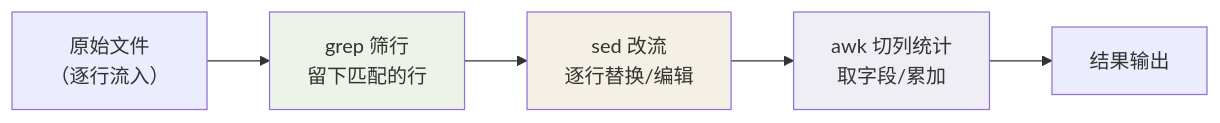
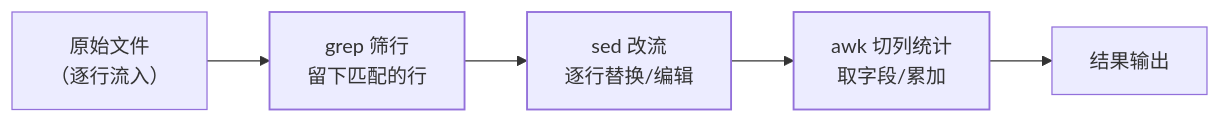
The diagram in src/content/docs/tools/basic/cli/01-grep-sed-awk.md (Loadhao/ascension), drawn with Mermaid before and after one commit. The commit also changed 87 other files, not shown here.

First line of the commit message:
fix: 全站图表配色改由主题接管，修复暗色主题下浅底浅字看不清

````diff
--- a/src/content/docs/tools/basic/cli/01-grep-sed-awk.md
+++ b/src/content/docs/tools/basic/cli/01-grep-sed-awk.md
@@ -72,10 +72,12 @@
 ```mermaid
 flowchart LR
     IN["原始文件<br/>（逐行流入）"] --> G["grep 筛行<br/>留下匹配的行"]
     G --> S["sed 改流<br/>逐行替换/编辑"]
     S --> A["awk 切列统计<br/>取字段/累加"]
     A --> OUT["结果输出"]
-    style G fill:#eef3ea
-    style S fill:#f5f0e6
-    style A fill:#f0eef5
+    class G good
+    class S hl
+    class A hl
+    classDef good stroke-width:1.5px
+    classDef hl stroke-width:1.5px
 ```
````
